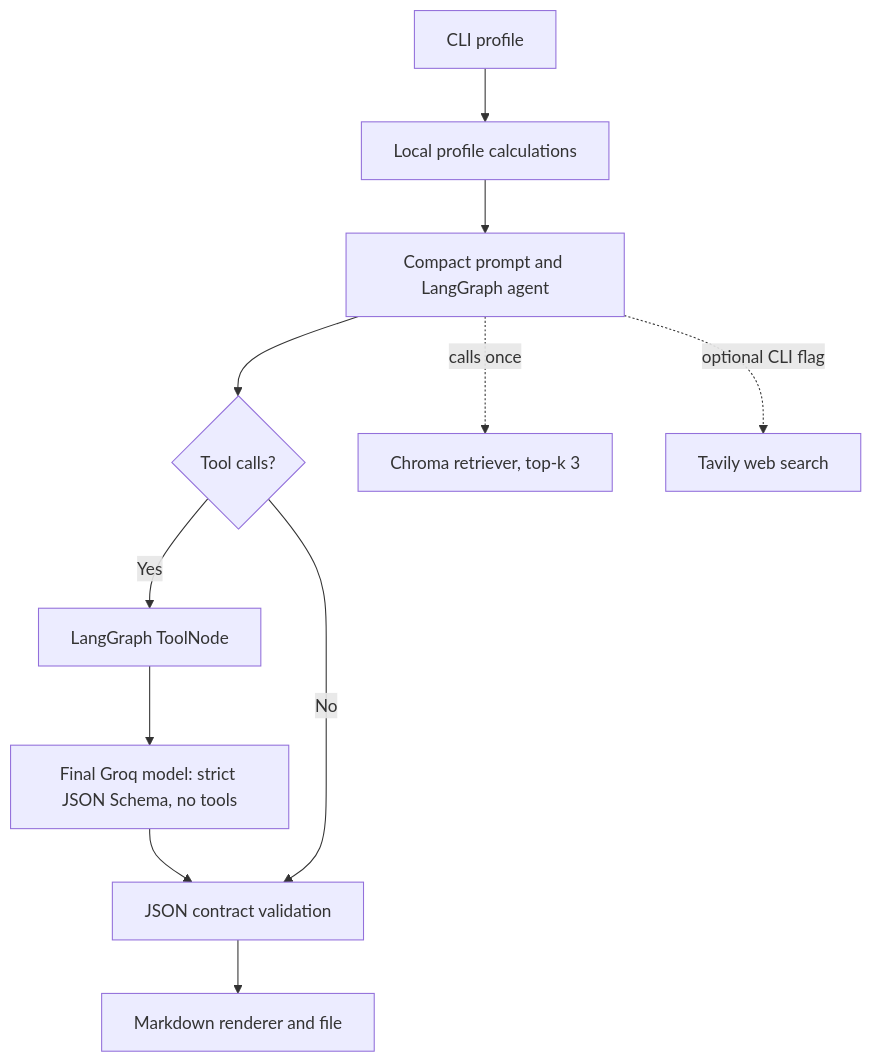
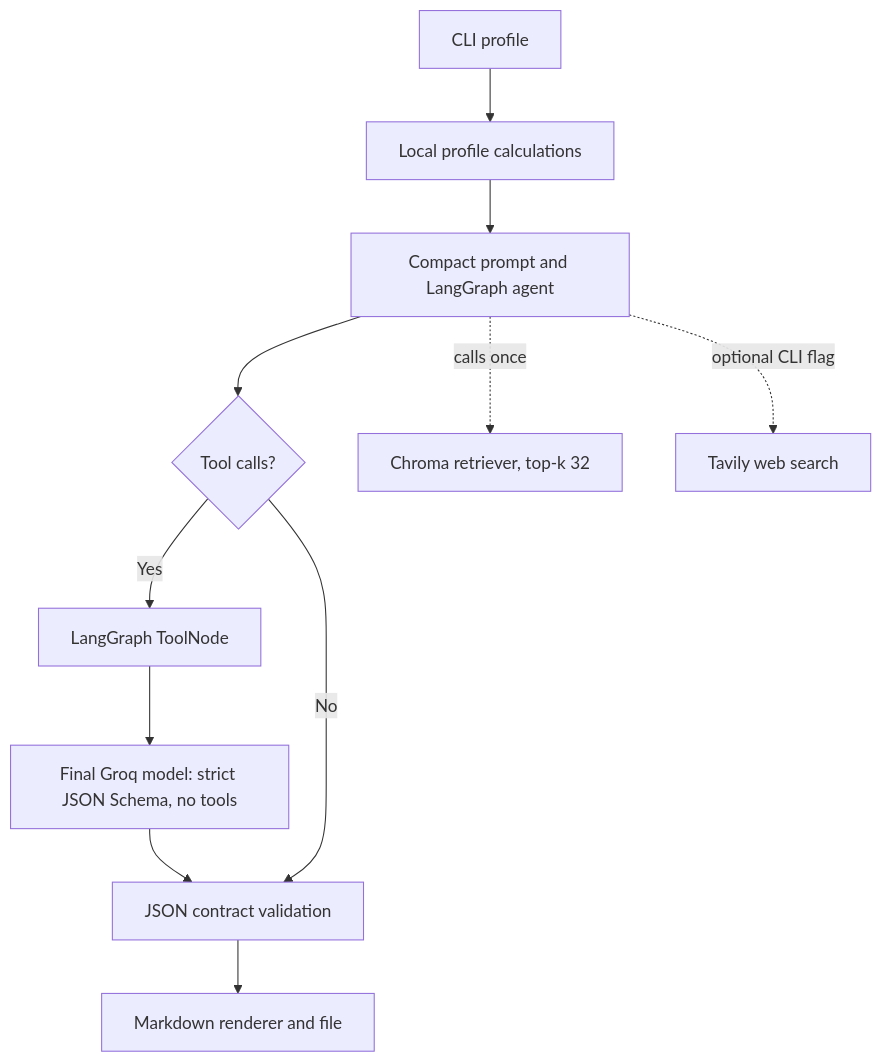
Before and after one commit to Amanda-Falcao/AI_Fitness_Coach: the second of 2 diagrams in docs/architecture.md, drawn with Mermaid. The commit also changed other lines of this file and 4 other files, not shown here.

````diff
--- a/docs/architecture.md
+++ b/docs/architecture.md
@@ -49,13 +49,13 @@
 ```mermaid
 flowchart TD
     A[CLI profile] --> G[Local profile calculations]
     G --> B[Compact prompt and LangGraph agent]
     B --> C{Tool calls?}
     C -- Yes --> D[LangGraph ToolNode]
     D --> J[Final Groq model: strict JSON Schema, no tools]
     J --> E[JSON contract validation]
     C -- No --> E[JSON contract validation]
     E --> F[Markdown renderer and file]
-    B -. calls once .-> H[Chroma retriever, top-k 3]
+    B -. calls once .-> H[Chroma retriever, top-k 32]
     B -. optional CLI flag .-> I[Tavily web search]
 ```
````
